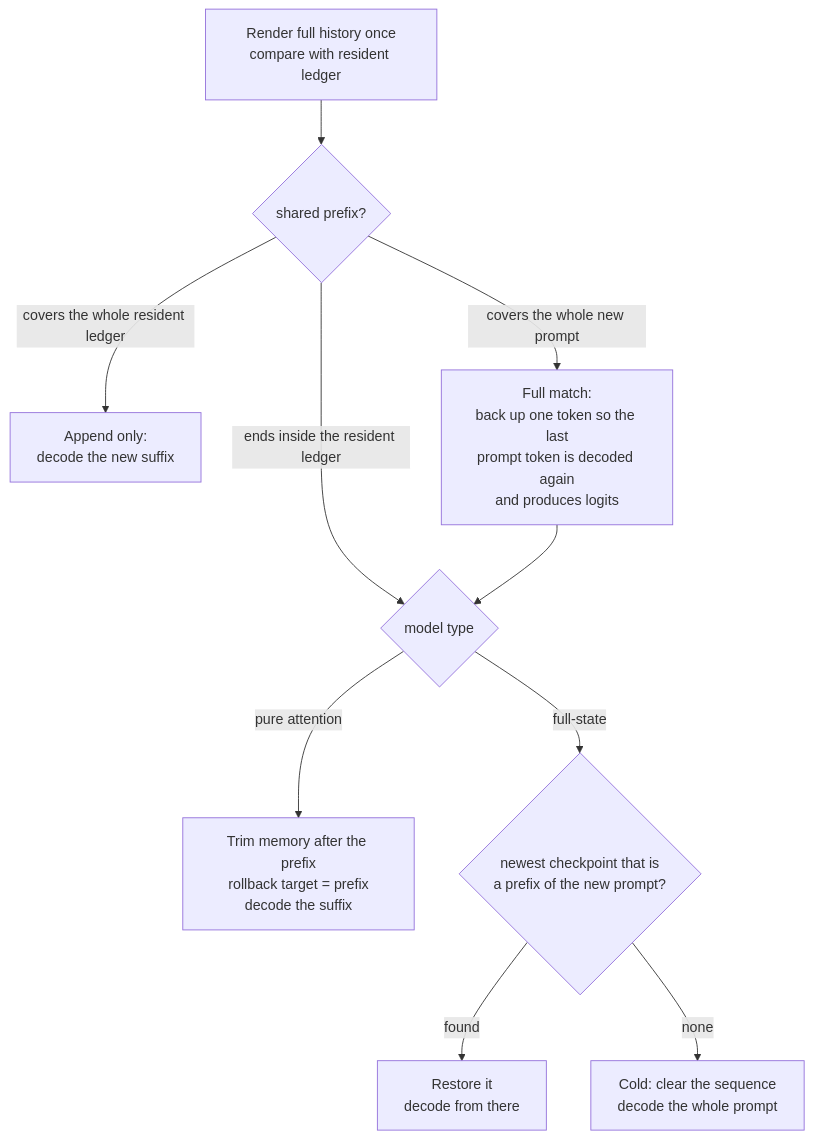
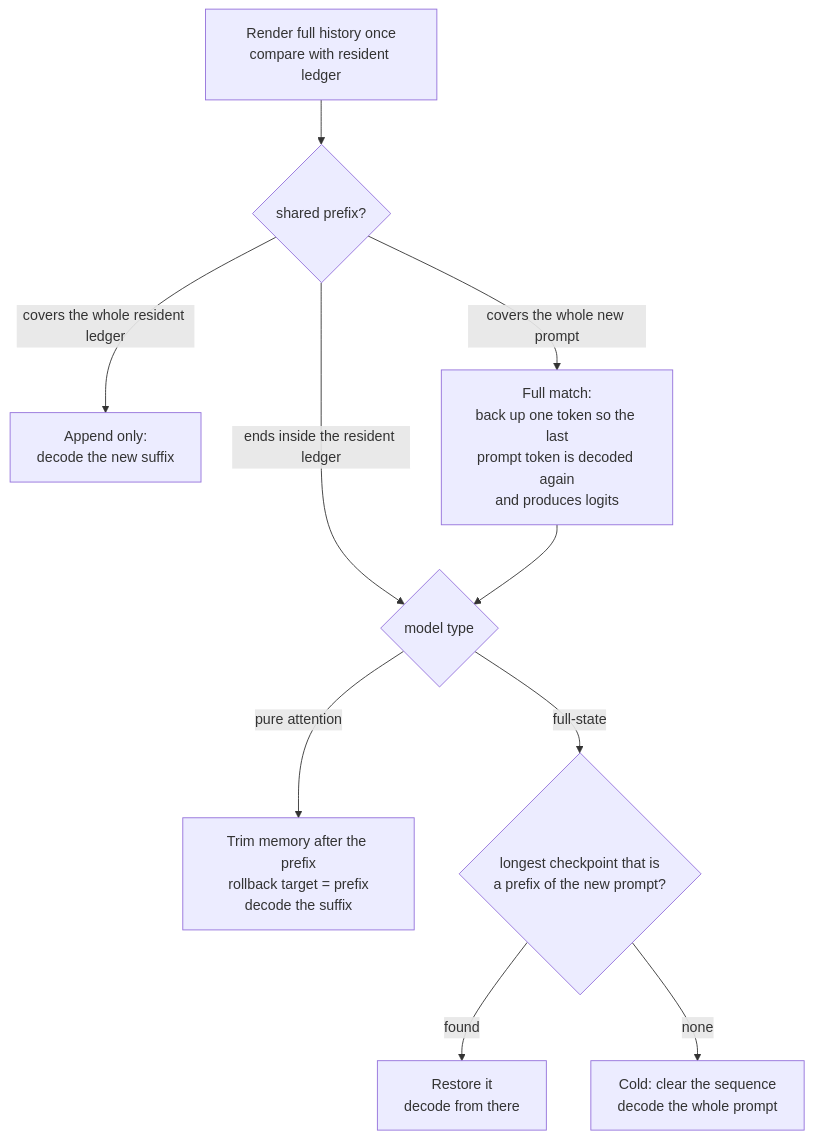
One commit to tetherto/qvac changed the third of 5 diagrams in packages/llm-llamacpp/docs/cache-lifecycle.md. Above: the diagram before and after it, drawn with Mermaid. The commit also changed other lines of this file and 2 other files, not shown here.

````diff
--- a/packages/llm-llamacpp/docs/cache-lifecycle.md
+++ b/packages/llm-llamacpp/docs/cache-lifecycle.md
@@ -109,12 +112,12 @@
 ```mermaid
 flowchart TD
     A[Render full history once<br/>compare with resident ledger] --> B{shared prefix?}
     B -->|covers the whole resident ledger| C[Append only:<br/>decode the new suffix]
     B -->|covers the whole new prompt| D[Full match:<br/>back up one token so the last<br/>prompt token is decoded again<br/>and produces logits]
     B -->|ends inside the resident ledger| E{model type}
     E -->|pure attention| F[Trim memory after the prefix<br/>rollback target = prefix<br/>decode the suffix]
-    E -->|full-state| G{newest checkpoint that is<br/>a prefix of the new prompt?}
+    E -->|full-state| G{longest checkpoint that is<br/>a prefix of the new prompt?}
     G -->|found| H[Restore it<br/>decode from there]
     G -->|none| I[Cold: clear the sequence<br/>decode the whole prompt]
     D --> E
 ```
````
